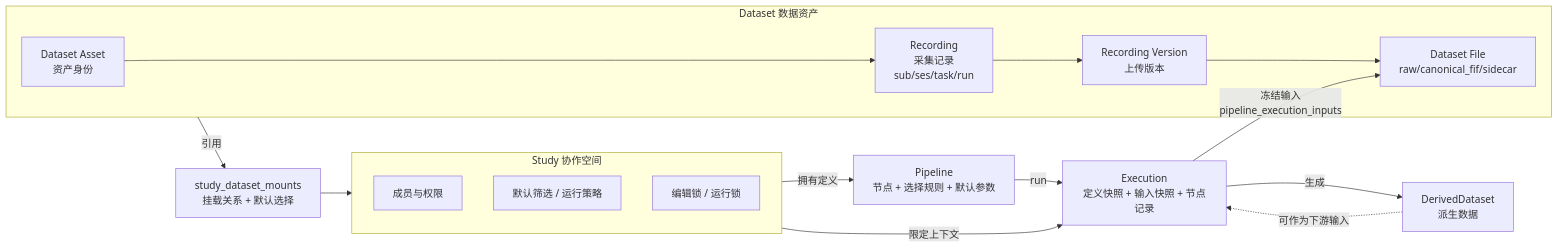
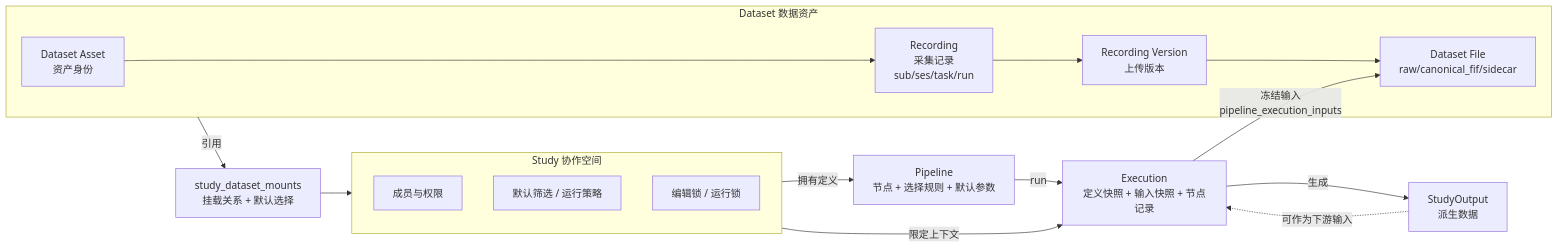
Before and after one commit to NoraJinxy/Niantong_GH_version: the diagram in wiki/docs/5-00-研究管理总览.md, drawn with Mermaid. The commit also changed other lines of this file and 39 other files, not shown here.

First line of the commit message:
docs(retention): wiki 收尾 — 批量改名 derived_dataset→输出/StudyOutput + 3-45 概念页重写

````diff
--- a/wiki/docs/5-00-研究管理总览.md
+++ b/wiki/docs/5-00-研究管理总览.md
@@ -43,27 +43,27 @@
 ```mermaid
 flowchart LR
   subgraph DS[Dataset 数据资产]
     Asset[Dataset Asset<br/>资产身份]
     Rec[Recording<br/>采集记录<br/>sub/ses/task/run]
     Ver[Recording Version<br/>上传版本]
     File[Dataset File<br/>raw/canonical_fif/sidecar]
     Asset --> Rec --> Ver --> File
   end
   Mount[study_dataset_mounts<br/>挂载关系 + 默认选择]
   subgraph ST[Study 协作空间]
     Members[成员与权限]
     Settings[默认筛选 / 运行策略]
     Locks[编辑锁 / 运行锁]
   end
   Pipe[Pipeline<br/>节点 + 选择规则 + 默认参数]
   Execution[Execution<br/>定义快照 + 输入快照 + 节点记录]
-  Derived[DerivedDataset<br/>派生数据]
+  Derived[StudyOutput<br/>派生数据]
 
   DS -->|引用| Mount --> ST
   ST -->|拥有定义| Pipe
   Pipe -->|run| Execution
   ST -->|限定上下文| Execution
   Execution -->|冻结输入<br/>pipeline_execution_inputs| File
   Execution -->|生成| Derived
   Derived -.->|可作为下游输入| Execution
 ```
````
